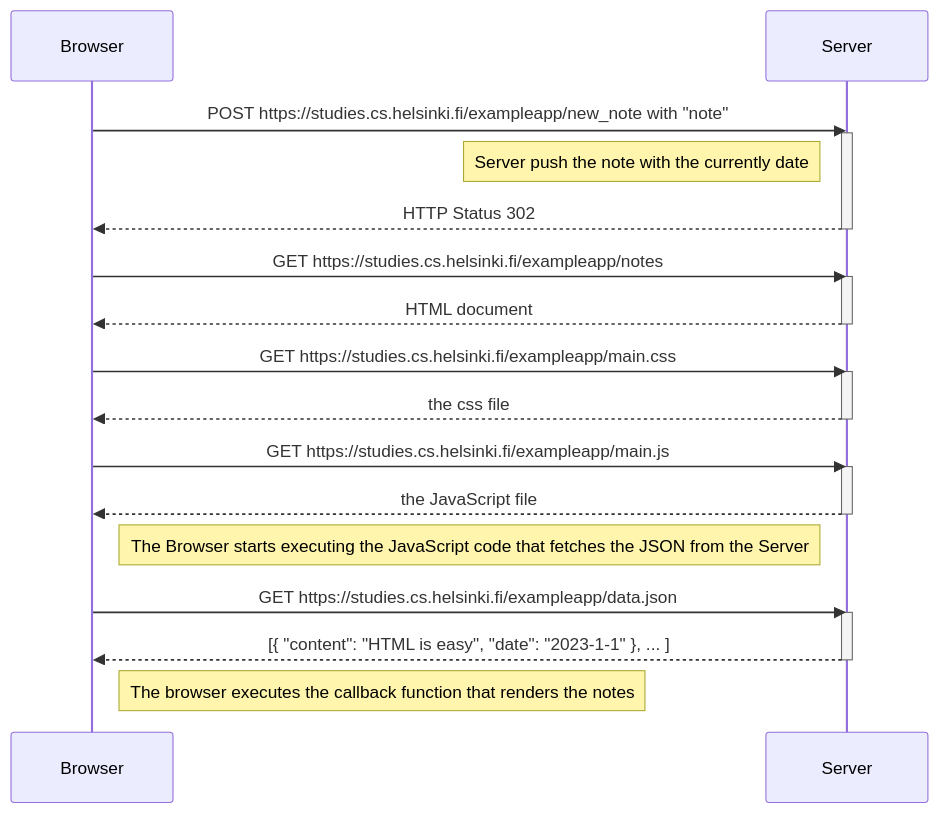
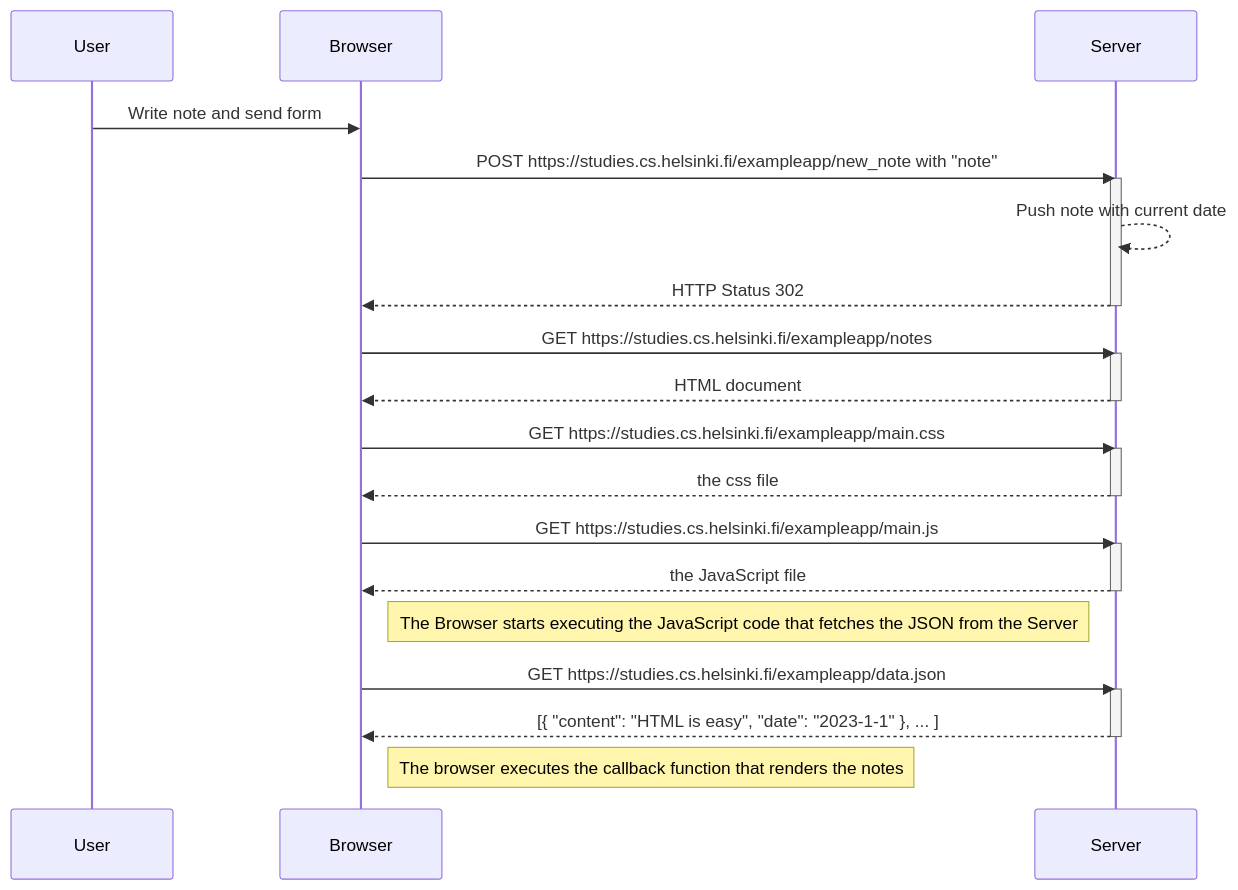
One commit to mjls130598/FullStackCourse changed the diagram in part0/exercise04.md. Above: the diagram before and after it, drawn with Mermaid.

Commit message:
Fixed exercise 0.4

````diff
--- a/part0/exercise04.md
+++ b/part0/exercise04.md
@@ -3,37 +3,38 @@
 ```mermaid
 sequenceDiagram
+    participant User
     participant Browser
     participant Server
 
+    User->>Browser: Write note and send form
+
     Browser->>Server: POST https://studies.cs.helsinki.fi/exampleapp/new_note with "note"
     activate Server
-
-    Note left of Server: Server push the note with the currently date
-
+    Server-->>Server: Push note with current date
     Server-->>Browser: HTTP Status 302
     deactivate Server
 
     Browser->>Server: GET https://studies.cs.helsinki.fi/exampleapp/notes
     activate Server
     Server-->>Browser: HTML document
     deactivate Server
 
     Browser->>Server: GET https://studies.cs.helsinki.fi/exampleapp/main.css
     activate Server
     Server-->>Browser: the css file
     deactivate Server
 
     Browser->>Server: GET https://studies.cs.helsinki.fi/exampleapp/main.js
     activate Server
     Server-->>Browser: the JavaScript file
     deactivate Server
 
     Note right of Browser: The Browser starts executing the JavaScript code that fetches the JSON from the Server
 
     Browser->>Server: GET https://studies.cs.helsinki.fi/exampleapp/data.json
     activate Server
     Server-->>Browser: [{ "content": "HTML is easy", "date": "2023-1-1" }, ... ]
     deactivate Server
 
     Note right of Browser: The browser executes the callback function that renders the notes
 ```
````
